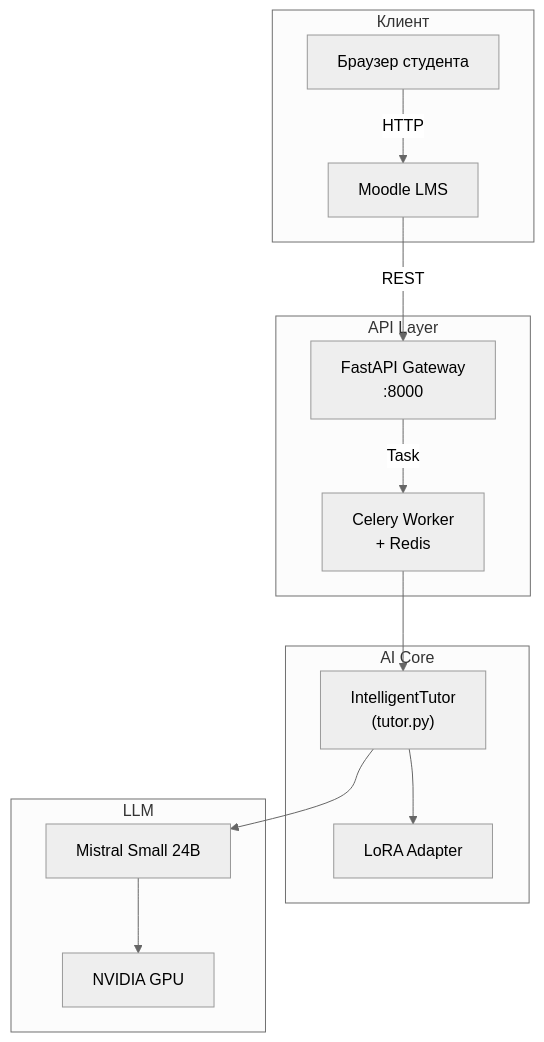
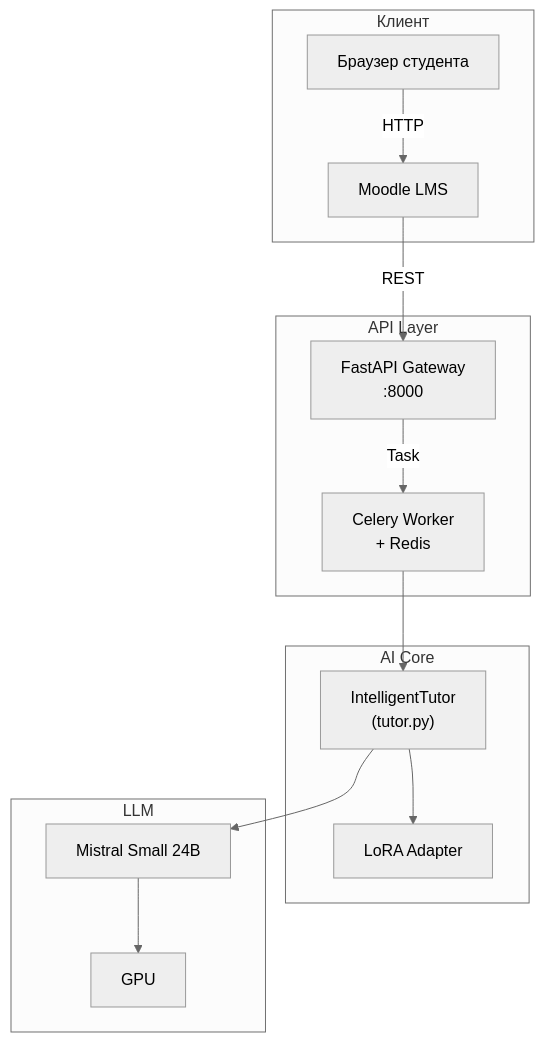
One commit to DimaNikolaevi4/al changed the diagram in docs/draft_final_report.md. Above: the diagram before and after it, drawn with Mermaid (neutral theme). The commit also changed other lines of this file and 10 other files, not shown here.

````diff
--- a/docs/draft_final_report.md
+++ b/docs/draft_final_report.md
@@ -160,25 +160,25 @@
 ```mermaid
 flowchart TB
     subgraph Client["Клиент"]
         M["Moodle LMS"]
         B["Браузер студента"]
     end
     subgraph API["API Layer"]
         GW["FastAPI Gateway<br/>:8000"]
         Q["Celery Worker<br/>+ Redis"]
     end
     subgraph AI["AI Core"]
         T["IntelligentTutor<br/>(tutor.py)"]
         L["LoRA Adapter"]
     end
     subgraph Model["LLM"]
         M1["Mistral Small 24B"]
-        GPU["NVIDIA GPU"]
+        GPU["GPU"]
     end
     B -->|HTTP| M
     M -->|REST| GW
     GW -->|Task| Q
     Q --> T
     T --> M1 --> GPU
     T --> L
 ```
````
